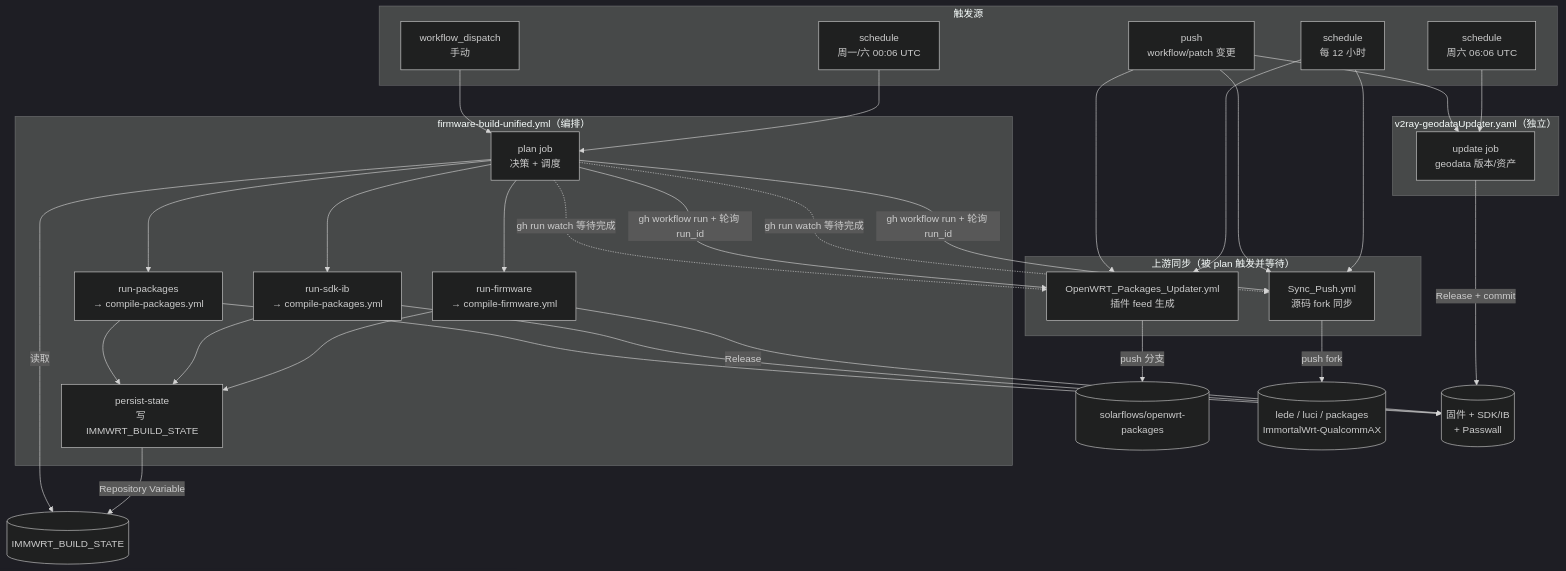
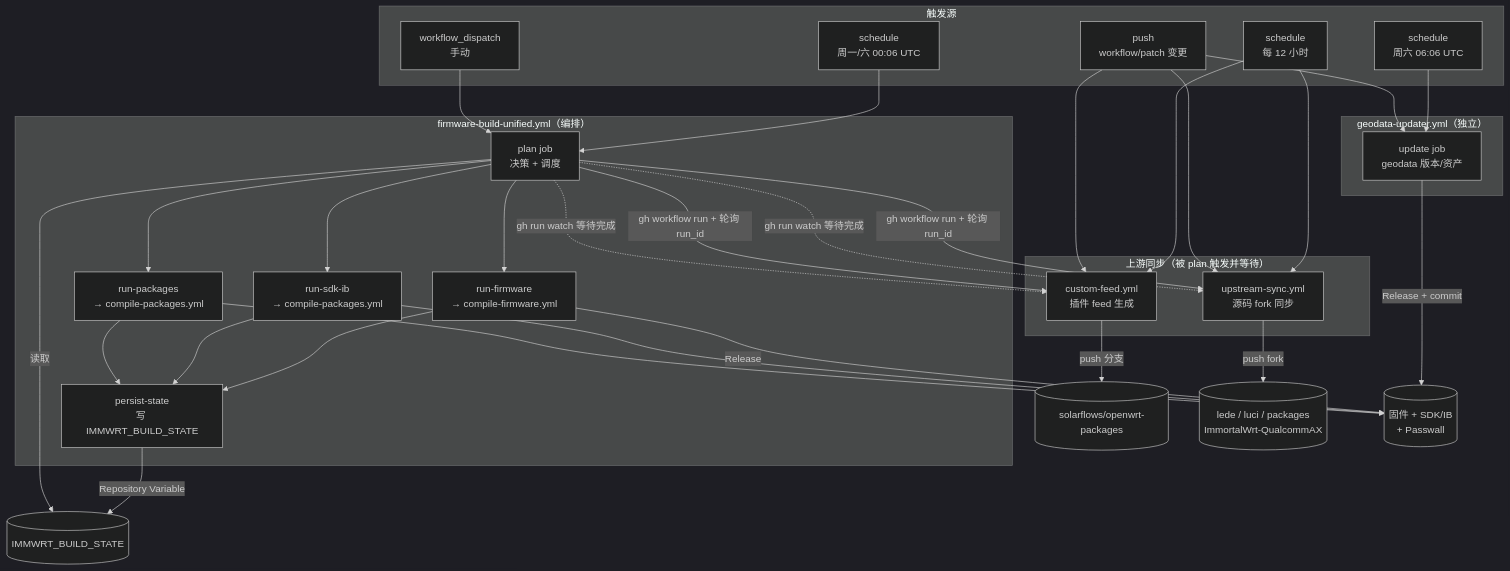
Before and after one commit to solarflows/AutoWorkFlows: the first of 9 diagrams in docs/ci-flow.md, drawn with Mermaid (dark theme). The commit also changed other lines of this file and 2 other files, not shown here.

````diff
--- a/docs/ci-flow.md
+++ b/docs/ci-flow.md
@@ -11,57 +11,57 @@
 ```mermaid
 flowchart TB
     subgraph TRIG["触发源"]
         S1["schedule<br/>周一/六 00:06 UTC"]
         S2["schedule<br/>每 12 小时"]
         S3["schedule<br/>周六 06:06 UTC"]
         M1["workflow_dispatch<br/>手动"]
         P1["push<br/>workflow/patch 变更"]
     end
 
     subgraph ORCH["firmware-build-unified.yml（编排）"]
         PLAN["plan job<br/>决策 + 调度"]
         FW["run-firmware<br/>→ compile-firmware.yml"]
         SIB["run-sdk-ib<br/>→ compile-packages.yml"]
         PKG["run-packages<br/>→ compile-packages.yml"]
         PS["persist-state<br/>写 IMMWRT_BUILD_STATE"]
     end
 
     subgraph UP["上游同步（被 plan 触发并等待）"]
-        UPD["OpenWRT_Packages_Updater.yml<br/>插件 feed 生成"]
-        SYNC["Sync_Push.yml<br/>源码 fork 同步"]
+        UPD["custom-feed.yml<br/>插件 feed 生成"]
+        SYNC["upstream-sync.yml<br/>源码 fork 同步"]
     end
 
-    subgraph GEO["v2ray-geodataUpdater.yaml（独立）"]
+    subgraph GEO["geodata-updater.yml（独立）"]
         GEODATA["update job<br/>geodata 版本/资产"]
     end
 
     S1 --> PLAN
     M1 --> PLAN
     PLAN -->|"gh workflow run + 轮询 run_id"| UPD
     PLAN -->|"gh workflow run + 轮询 run_id"| SYNC
     PLAN -.->|"gh run watch 等待完成"| UPD
     PLAN -.->|"gh run watch 等待完成"| SYNC
     PLAN --> FW
     PLAN --> SIB
     PLAN --> PKG
     FW --> PS
     SIB --> PS
     PKG --> PS
 
     S2 --> UPD
     S2 --> SYNC
     P1 --> UPD
     P1 --> SYNC
     S3 --> GEODATA
     P1 --> GEODATA
 
     UPD -->|"push 分支"| FEEDREPO[("solarflows/openwrt-packages")]
     SYNC -->|"push fork"| FORKREPO[("lede / luci / packages<br/>ImmortalWrt-QualcommAX")]
     FW -->|"Release"| REL[("固件 + SDK/IB<br/>+ Passwall")]
     SIB --> REL
     PKG --> REL
     GEODATA -->|"Release + commit"| REL
 
     PS -->|"Repository Variable"| VAR[("IMMWRT_BUILD_STATE")]
     PLAN -->|"读取"| VAR
 ```
````
